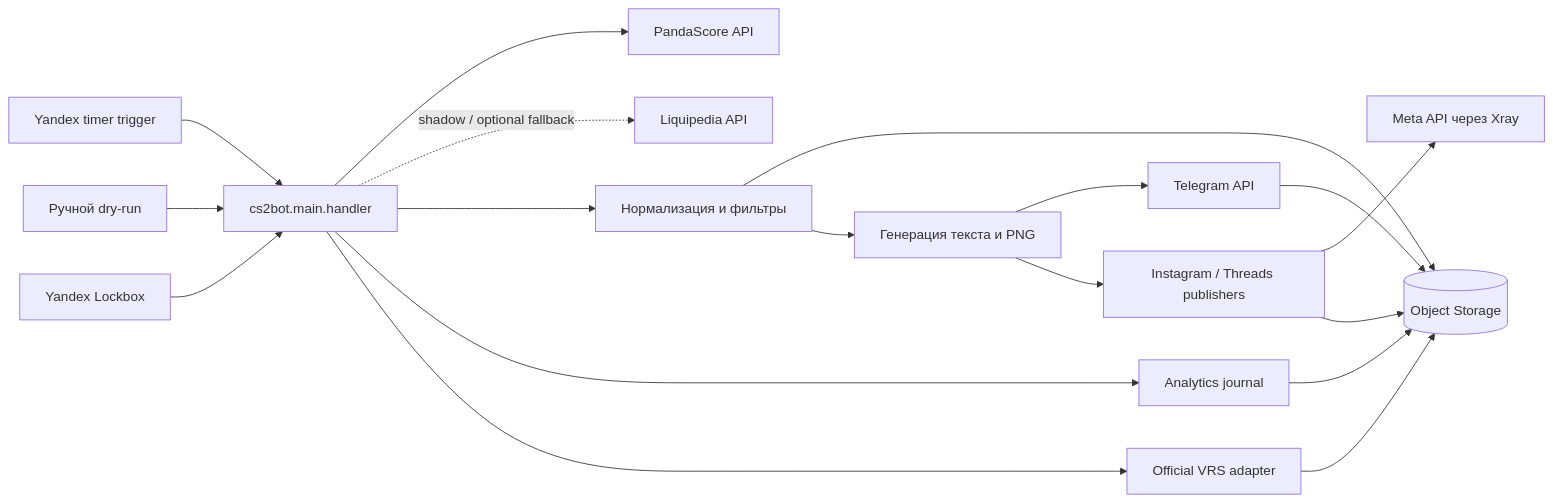
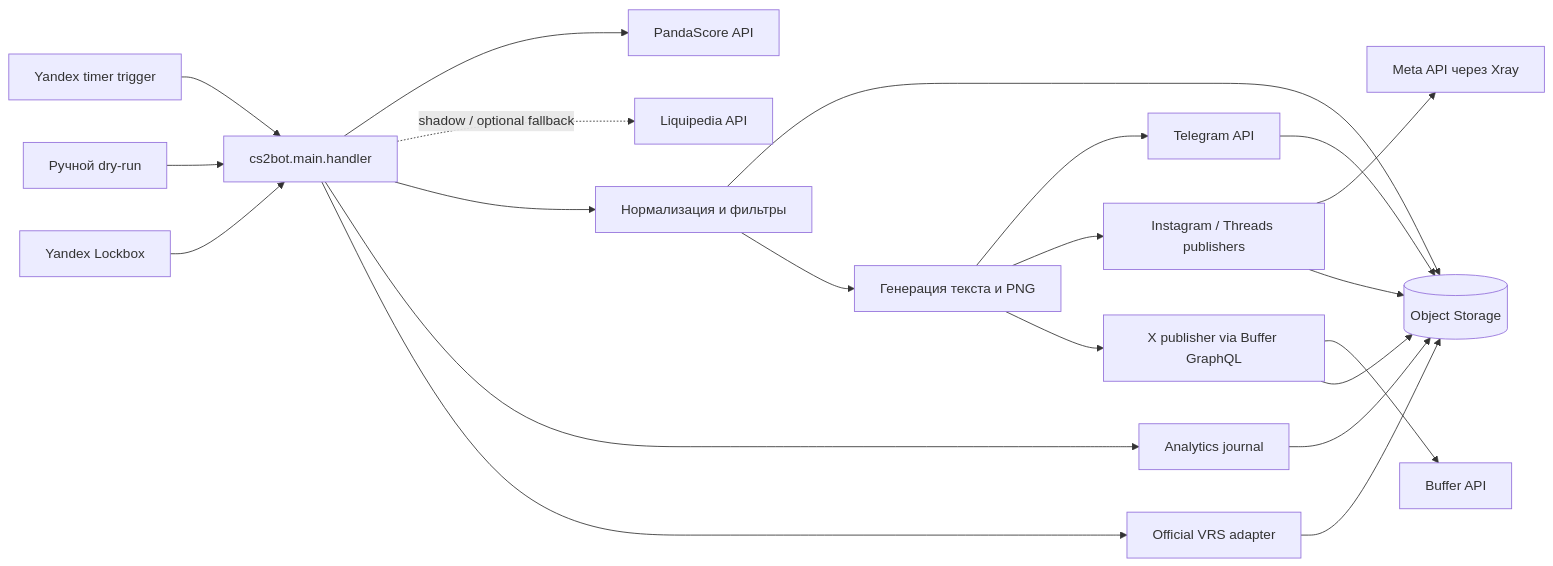
One commit to vovakorn/CS2Results changed the diagram in docs/architecture.md. Above: the diagram before and after it, drawn with Mermaid. The commit also changed other lines of this file and 20 other files, not shown here.

Commit message:
Add local X publishing integration via Buffer

````diff
--- a/docs/architecture.md
+++ b/docs/architecture.md
@@ -9,20 +9,23 @@
 ```mermaid
 flowchart LR
     T[Yandex timer trigger] --> H[cs2bot.main.handler]
     M[Ручной dry-run] --> H
     H --> P[PandaScore API]
     H -. shadow / optional fallback .-> L[Liquipedia API]
     H --> F[Нормализация и фильтры]
     F --> S[(Object Storage)]
     F --> C[Генерация текста и PNG]
     C --> G[Telegram API]
     C --> SP[Instagram / Threads publishers]
     SP --> Q[Meta API через Xray]
+    C --> XP[X publisher via Buffer GraphQL]
+    XP --> BX[Buffer API]
     G --> S
     SP --> S
+    XP --> S
     H --> A[Analytics journal]
     A --> S
     X[Yandex Lockbox] --> H
     H --> V[Official VRS adapter]
     V --> S
 ```
````
